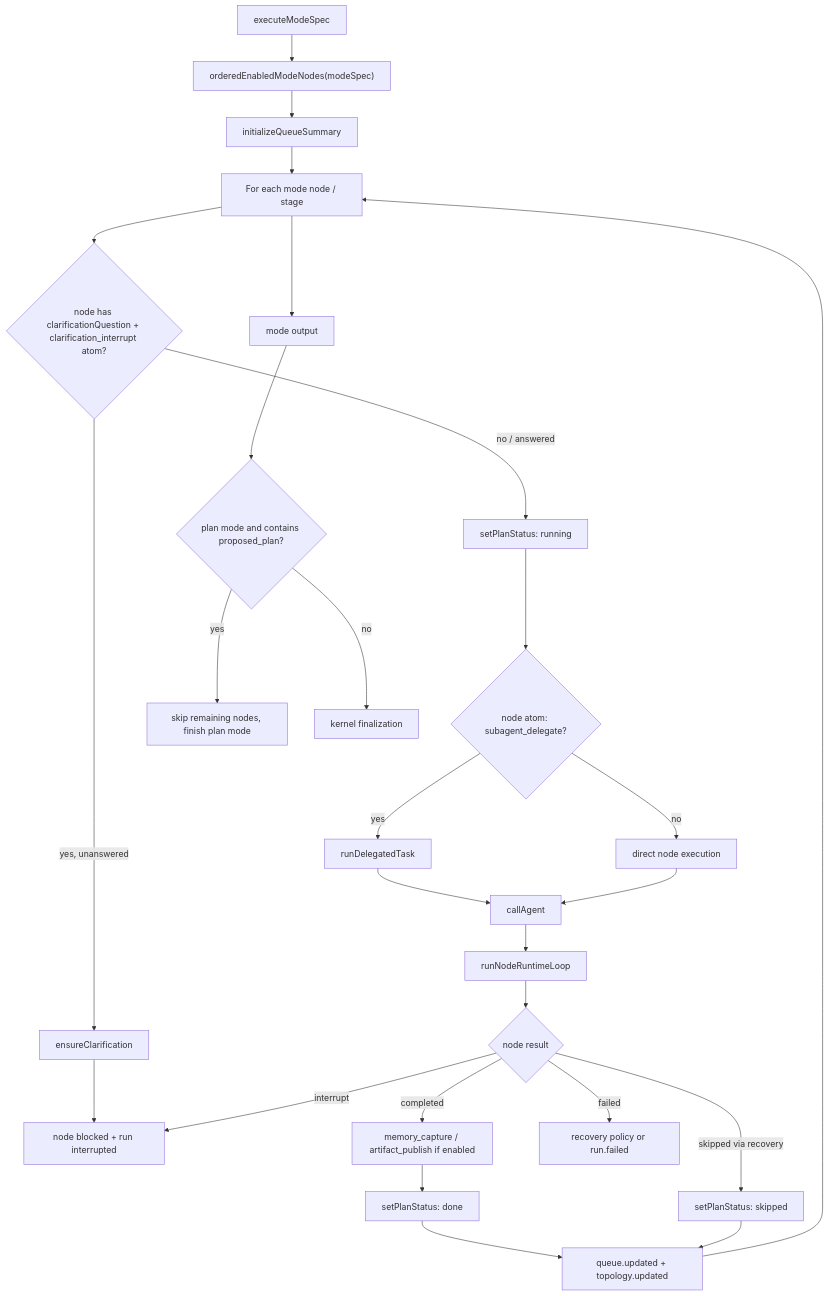
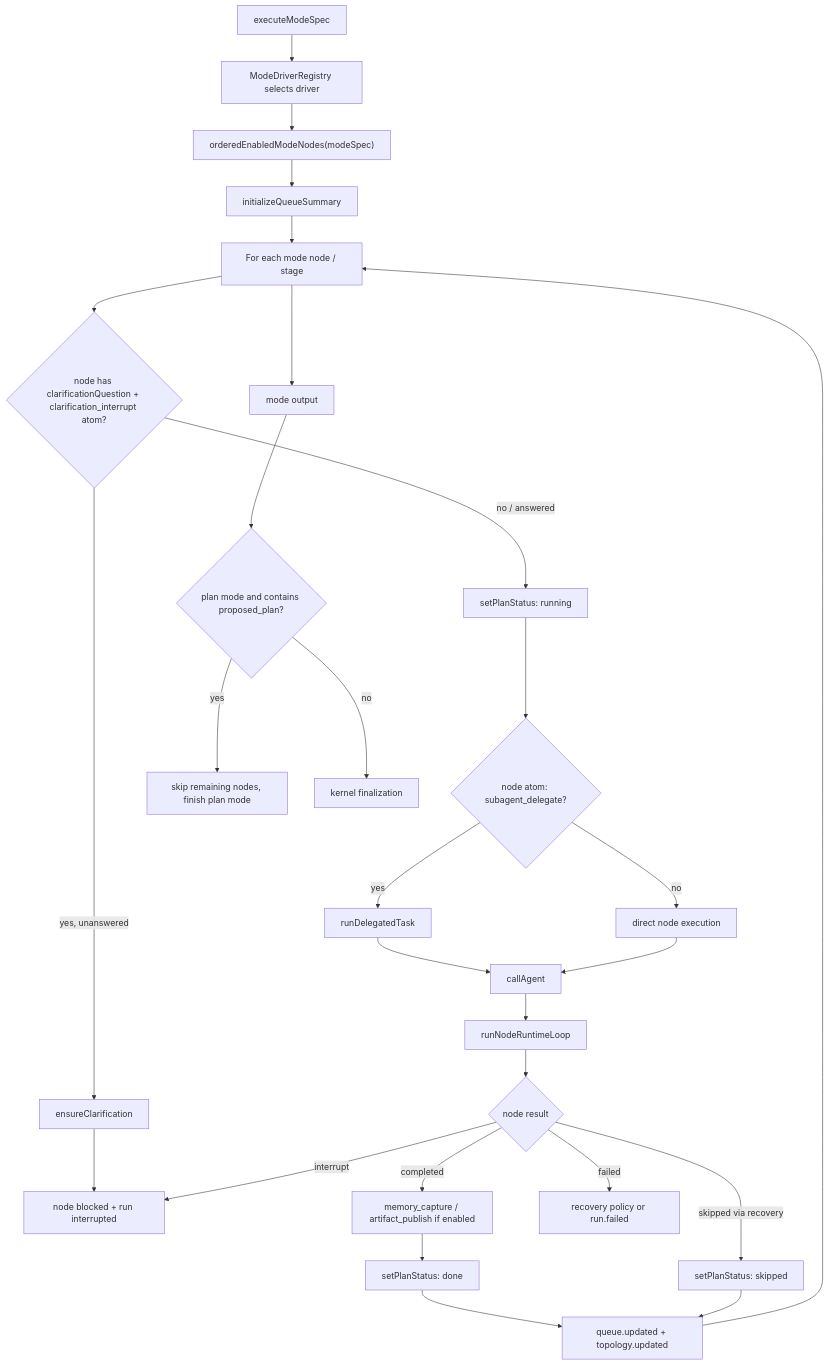
The second of 3 diagrams in README.md (cemeworm/Ora), drawn with Mermaid before and after one commit. The commit also changed other lines of this file and 1 other file, not shown here.

First line of the commit message:
docs: document Task Flow compatibility layer in runtime loop docs

````diff
--- a/README.md
+++ b/README.md
@@ -86,34 +91,35 @@
 ```mermaid
 flowchart TD
-  A["executeModeSpec"] --> B["orderedEnabledModeNodes(modeSpec)"]
+  A["executeModeSpec"] --> A1["ModeDriverRegistry selects driver"]
+  A1 --> B["orderedEnabledModeNodes(modeSpec)"]
   B --> C["initializeQueueSummary"]
   C --> D["For each mode node / stage"]
 
   D --> E{"node has clarificationQuestion + clarification_interrupt atom?"}
   E -->|yes, unanswered| F["ensureClarification"]
   F --> G["node blocked + run interrupted"]
   E -->|no / answered| H["setPlanStatus: running"]
 
   H --> I{"node atom: subagent_delegate?"}
   I -->|yes| J["runDelegatedTask"]
   I -->|no| K["direct node execution"]
   J --> L["callAgent"]
   K --> L
 
   L --> M["runNodeRuntimeLoop"]
   M --> N{"node result"}
   N -->|completed| O["memory_capture / artifact_publish if enabled"]
   O --> P["setPlanStatus: done"]
   P --> Q["queue.updated + topology.updated"]
   Q --> D
 
   N -->|skipped via recovery| R["setPlanStatus: skipped"]
   R --> Q
   N -->|interrupt| G
   N -->|failed| S["recovery policy or run.failed"]
 
   D --> T["mode output"]
   T --> U{"plan mode and contains proposed_plan?"}
   U -->|yes| V["skip remaining nodes, finish plan mode"]
   U -->|no| W["kernel finalization"]
 ```
````
